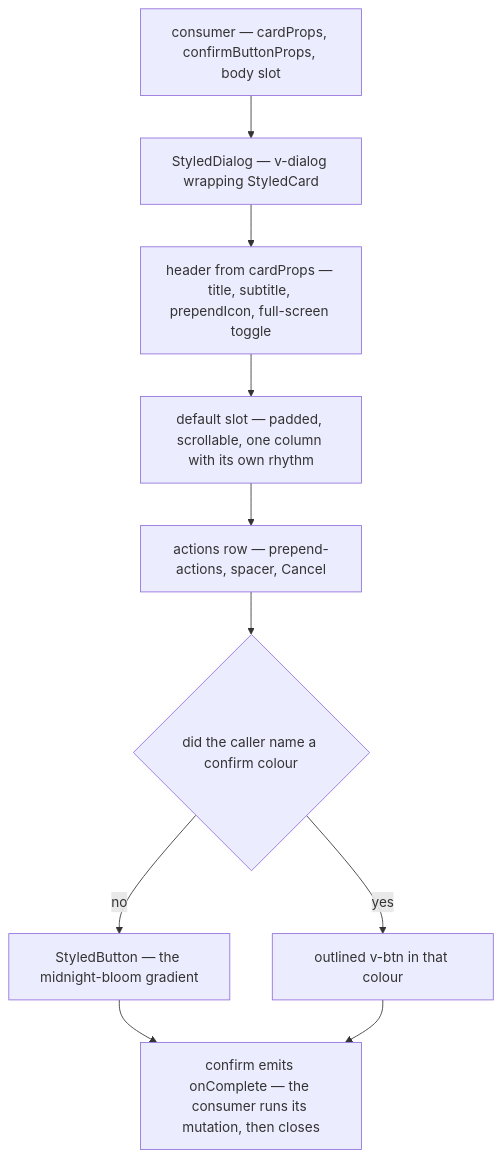
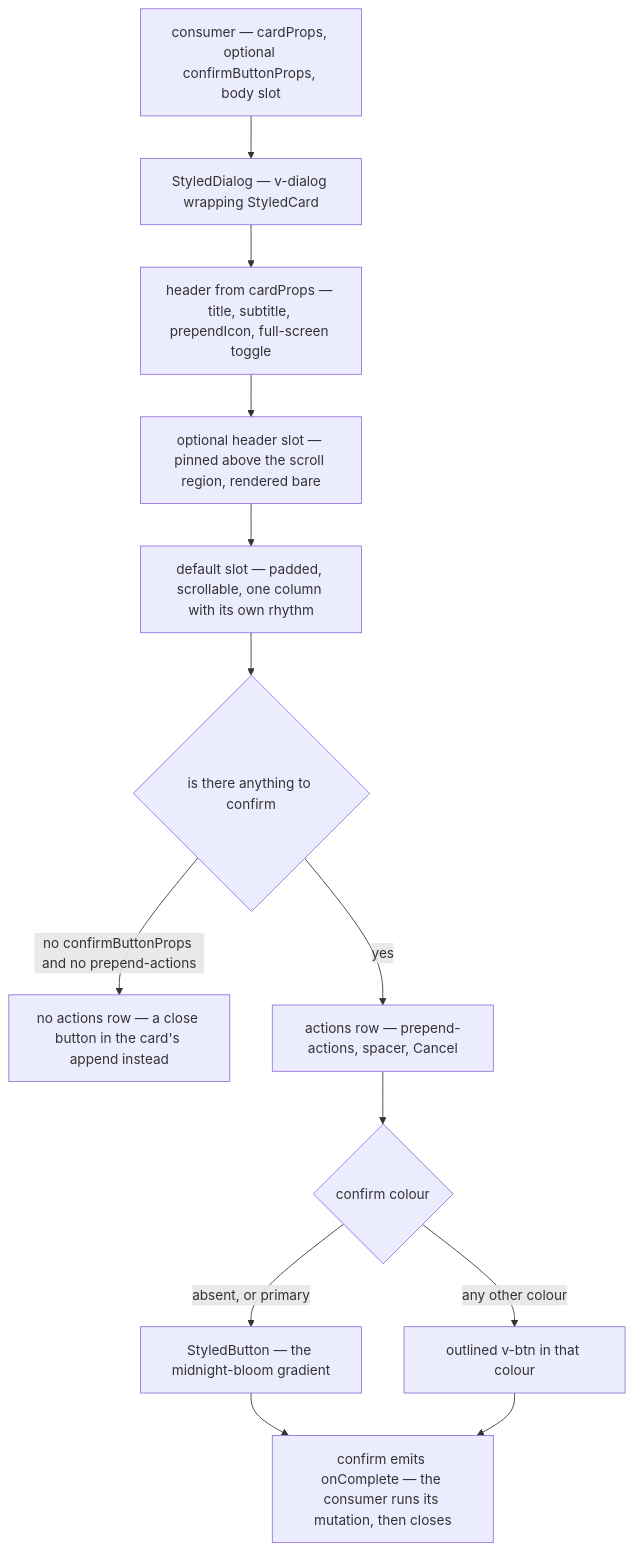
Before and after one commit to Esposter/Esposter: the diagram in packages/app/content/docs/architecture/dialog-shell.md, drawn with Mermaid. The commit also changed other lines of this file and 1 other file, not shown here.

````diff
--- a/packages/app/content/docs/architecture/dialog-shell.md
+++ b/packages/app/content/docs/architecture/dialog-shell.md
@@ -14,12 +14,15 @@
 ```mermaid
 flowchart TD
-  CONSUMER["consumer — cardProps, confirmButtonProps, body slot"] --> SHELL["StyledDialog — v-dialog wrapping StyledCard"]
+  CONSUMER["consumer — cardProps, optional confirmButtonProps, body slot"] --> SHELL["StyledDialog — v-dialog wrapping StyledCard"]
   SHELL --> HEADER["header from cardProps — title, subtitle, prependIcon, full-screen toggle"]
-  HEADER --> BODY["default slot — padded, scrollable, one column with its own rhythm"]
-  BODY --> ACTIONS["actions row — prepend-actions, spacer, Cancel"]
-  ACTIONS --> GATE{"did the caller name a confirm colour"}
-  GATE -->|"no"| GRADIENT["StyledButton — the midnight-bloom gradient"]
-  GATE -->|"yes"| PLAIN["outlined v-btn in that colour"]
+  HEADER --> PINNED["optional header slot — pinned above the scroll region, rendered bare"]
+  PINNED --> BODY["default slot — padded, scrollable, one column with its own rhythm"]
+  BODY --> HASACTIONS{"is there anything to confirm"}
+  HASACTIONS -->|"no confirmButtonProps and no prepend-actions"| CLOSE["no actions row — a close button in the card's append instead"]
+  HASACTIONS -->|"yes"| ACTIONS["actions row — prepend-actions, spacer, Cancel"]
+  ACTIONS --> GATE{"confirm colour"}
+  GATE -->|"absent, or primary"| GRADIENT["StyledButton — the midnight-bloom gradient"]
+  GATE -->|"any other colour"| PLAIN["outlined v-btn in that colour"]
   GRADIENT --> CONFIRM["confirm emits onComplete — the consumer runs its mutation, then closes"]
   PLAIN --> CONFIRM
 ```
````
